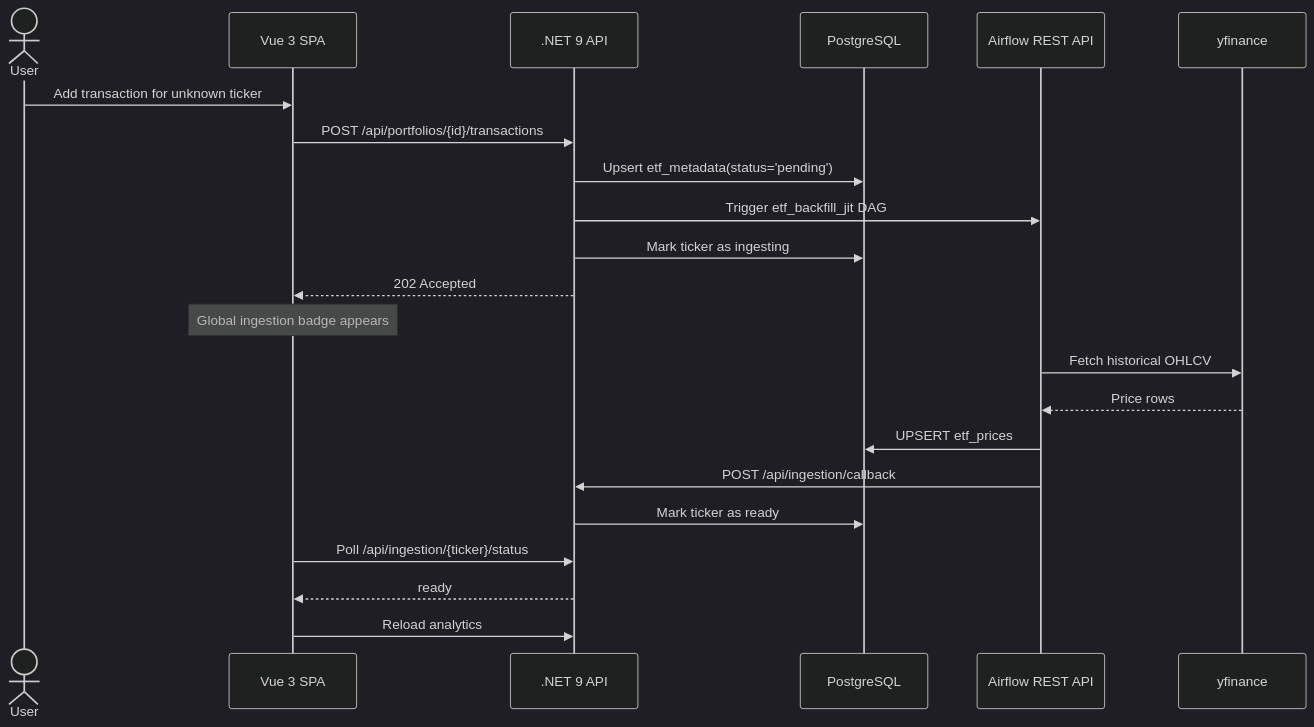
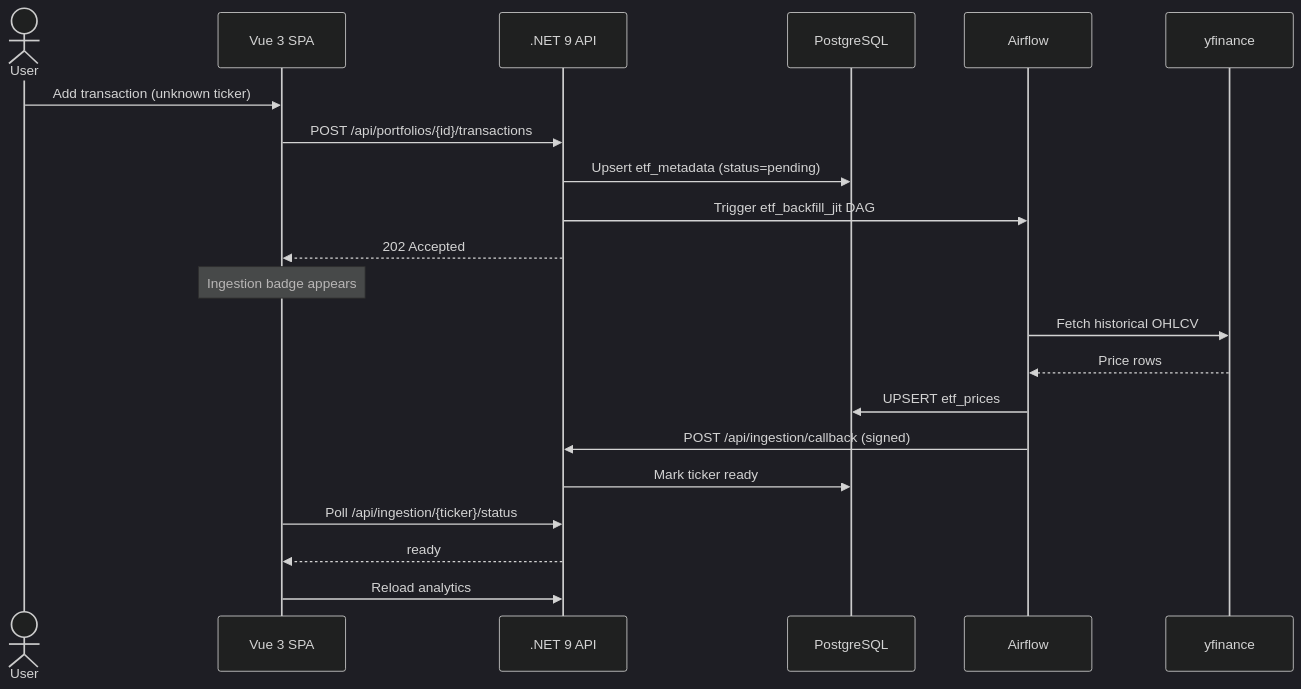
One commit to simoneriggi92/etf-insight-platform changed the second of 2 diagrams in README.md. Above: the diagram before and after it, drawn with Mermaid (dark theme). The commit also changed other lines of this file, not shown here.

````diff
--- a/README.md
+++ b/README.md
@@ -42,28 +72,27 @@
 ```mermaid
 sequenceDiagram
     actor User
     participant Vue as Vue 3 SPA
     participant API as .NET 9 API
     participant DB as PostgreSQL
-    participant AW as Airflow REST API
+    participant AW as Airflow
     participant YF as yfinance
 
-    User->>Vue: Add transaction for unknown ticker
+    User->>Vue: Add transaction (unknown ticker)
     Vue->>API: POST /api/portfolios/{id}/transactions
-    API->>DB: Upsert etf_metadata(status='pending')
+    API->>DB: Upsert etf_metadata (status=pending)
     API->>AW: Trigger etf_backfill_jit DAG
-    API->>DB: Mark ticker as ingesting
     API-->>Vue: 202 Accepted
 
-    Note over Vue: Global ingestion badge appears
+    Note over Vue: Ingestion badge appears
 
     AW->>YF: Fetch historical OHLCV
     YF-->>AW: Price rows
     AW->>DB: UPSERT etf_prices
-    AW->>API: POST /api/ingestion/callback
-    API->>DB: Mark ticker as ready
+    AW->>API: POST /api/ingestion/callback (signed)
+    API->>DB: Mark ticker ready
 
     Vue->>API: Poll /api/ingestion/{ticker}/status
     API-->>Vue: ready
     Vue->>API: Reload analytics
 ```
````
